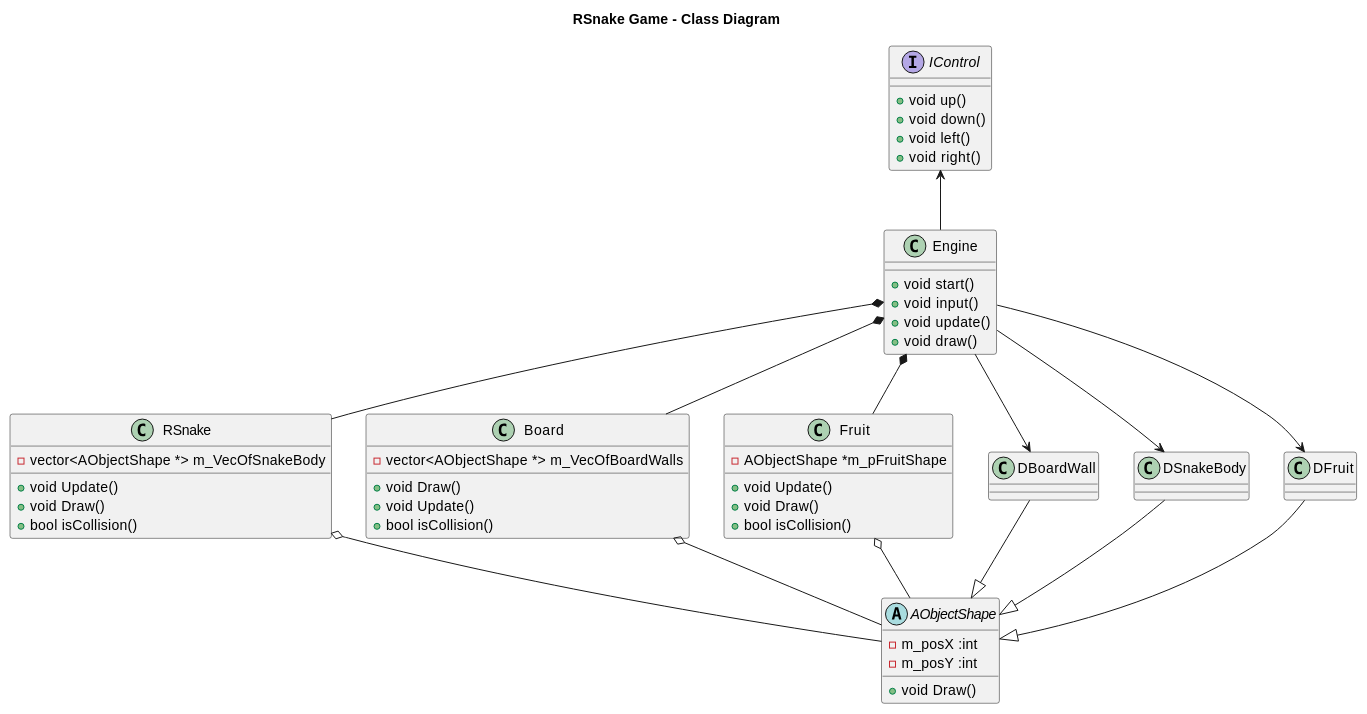
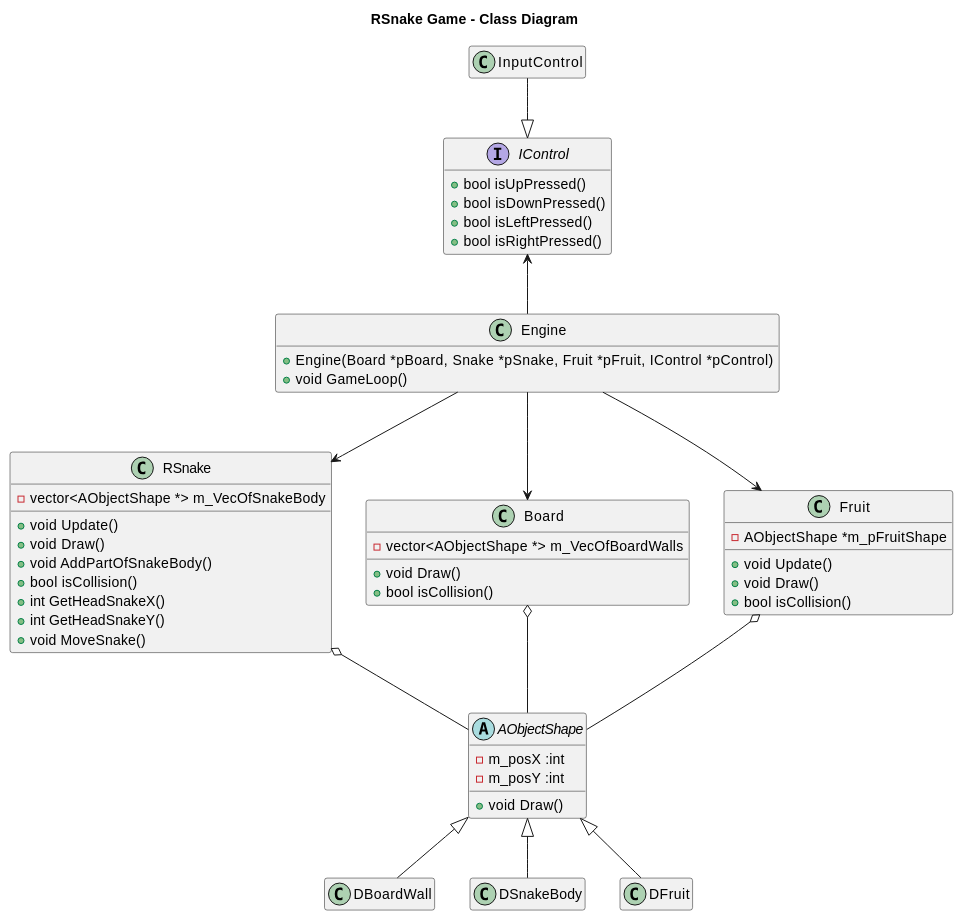
Before and after one commit to calkas/RSnake: the diagram in README.md, drawn with PlantUML. The commit also changed other lines of this file and 9 other files, not shown here.

Commit message:
Updated class diagram and small cleanup

````diff
--- a/README.md
+++ b/README.md
@@ -6,76 +13,77 @@
 ```plantuml
 @startuml
 
+hide empty attributes
+hide empty methods
 title RSnake Game - Class Diagram
 
 class Engine {
-  +void start()
-  +void input()
-  +void update()
-  +void draw()
+  +Engine(Board *pBoard, Snake *pSnake, Fruit *pFruit, IControl *pControl)
+  +void GameLoop()
 }
 
 class RSnake {
   +void Update()
   +void Draw()
+  +void AddPartOfSnakeBody()
   +bool isCollision()
+  +int GetHeadSnakeX()
+  +int GetHeadSnakeY()
+  +void MoveSnake()
   -vector<AObjectShape *> m_VecOfSnakeBody
 }
 
-abstract AObjectShape {
-  + void Draw()
-  - m_posX :int
-  - m_posY :int
-
-}
-
-interface IControl{
-  +void up()
-  +void down()
-  +void left()
-  +void right()
-}
-
-
 class Board {
  +void Draw()
- +void Update()
  +bool isCollision()
  -vector<AObjectShape *> m_VecOfBoardWalls
 }
 
 class Fruit {
  + void Update()
  + void Draw()
  +bool isCollision()
  -AObjectShape *m_pFruitShape
 }
 
+interface IControl{
+  +bool isUpPressed()
+  +bool isDownPressed()
+  +bool isLeftPressed()
+  +bool isRightPressed()
+}
 
-class DBoardWall
-class DSnakeBody
-class DFruit
+class InputControl {
+}
 
-DFruit --|> AObjectShape
-DBoardWall --|> AObjectShape
-DSnakeBody --|> AObjectShape
+abstract AObjectShape {
+  + void Draw()
+  - m_posX :int
+  - m_posY :int
 
+}
 
+class DBoardWall {
+}
+class DSnakeBody {
+}
+class DFruit {
+}
 
-Engine *-- RSnake
-Engine *-- Board
-Engine *-- Fruit
+InputControl --|> IControl
+
+AObjectShape <|-down- DSnakeBody
+AObjectShape <|-down- DBoardWall
+AObjectShape <|-down- DFruit
+
+Engine --> RSnake
+Engine --> Board
+Engine --> Fruit
 Engine -up-> IControl
 
-Engine --> DFruit
-Engine --> DBoardWall
-Engine --> DSnakeBody
-
 RSnake o-- AObjectShape
-Board o-- AObjectShape
-Fruit o-- AObjectShape
-
-
+Board  o-- AObjectShape
+Fruit  o-- AObjectShape
 
 @enduml
 ```
````
